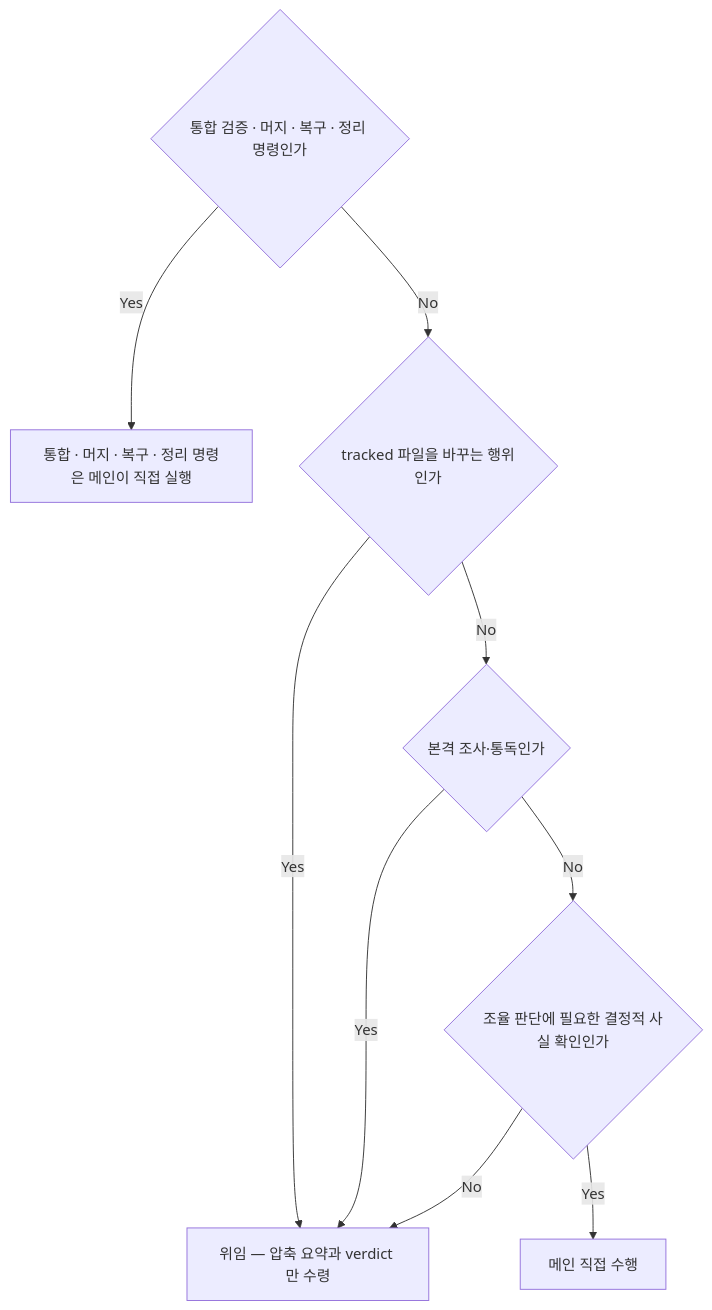
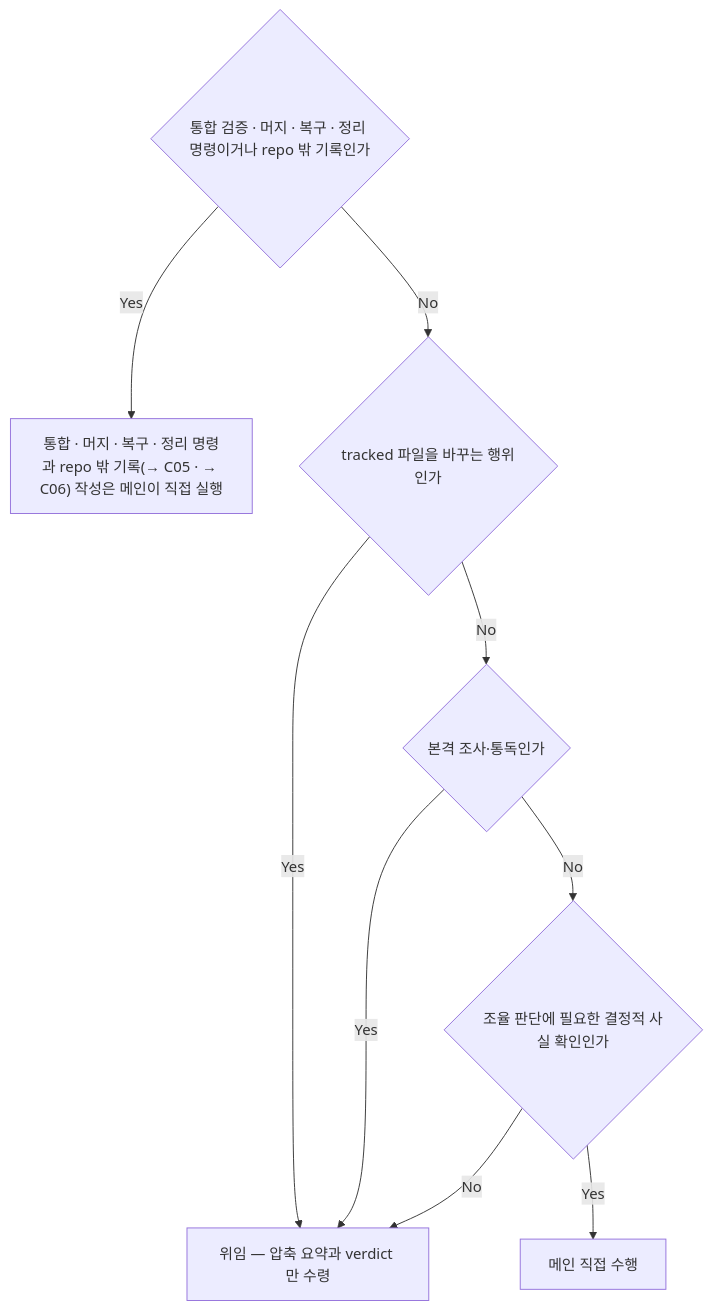
The second of 3 diagrams in plugins/atelier/skills/orchestrator/SKILL.md (kys0213/kys-claude-plugin), drawn with Mermaid before and after one commit. The commit also changed other lines of this file, not shown here.

````diff
--- a/plugins/atelier/skills/orchestrator/SKILL.md
+++ b/plugins/atelier/skills/orchestrator/SKILL.md
@@ -52,11 +52,11 @@
 ```mermaid
 flowchart TD
-  D02_q1{"통합 검증 · 머지 · 복구 · 정리 명령인가"} -->|Yes| D02_t3["통합 · 머지 · 복구 · 정리 명령은 메인이 직접 실행"]
+  D02_q1{"통합 검증 · 머지 · 복구 · 정리 명령이거나 repo 밖 기록인가"} -->|Yes| D02_t3["통합 · 머지 · 복구 · 정리 명령과 repo 밖 기록(→ C05 · → C06) 작성은 메인이 직접 실행"]
   D02_q1 -->|No| D02_q2{"tracked 파일을 바꾸는 행위인가"}
   D02_q2 -->|Yes| D02_t1["위임 — 압축 요약과 verdict 만 수령"]
   D02_q2 -->|No| D02_q3{"본격 조사·통독인가"}
   D02_q3 -->|Yes| D02_t1
   D02_q3 -->|No| D02_q4{"조율 판단에 필요한 결정적 사실 확인인가"}
   D02_q4 -->|Yes| D02_t2["메인 직접 수행"]
   D02_q4 -->|No| D02_t1
 ```
````
